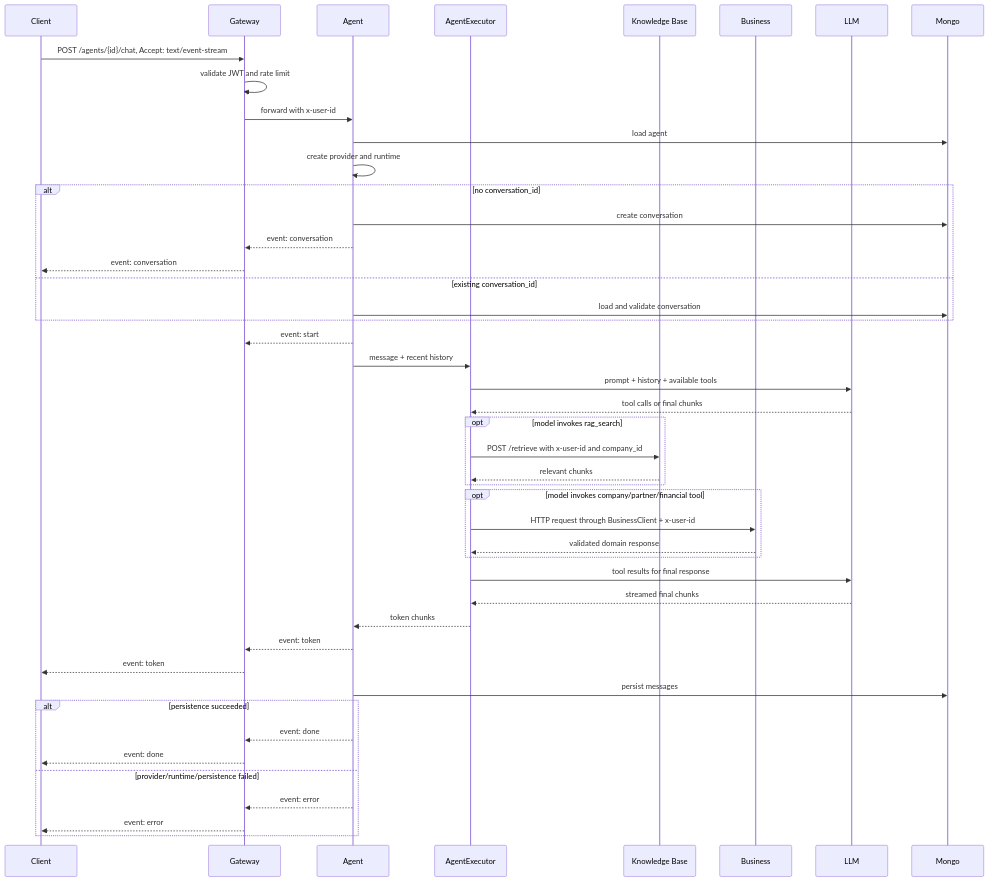
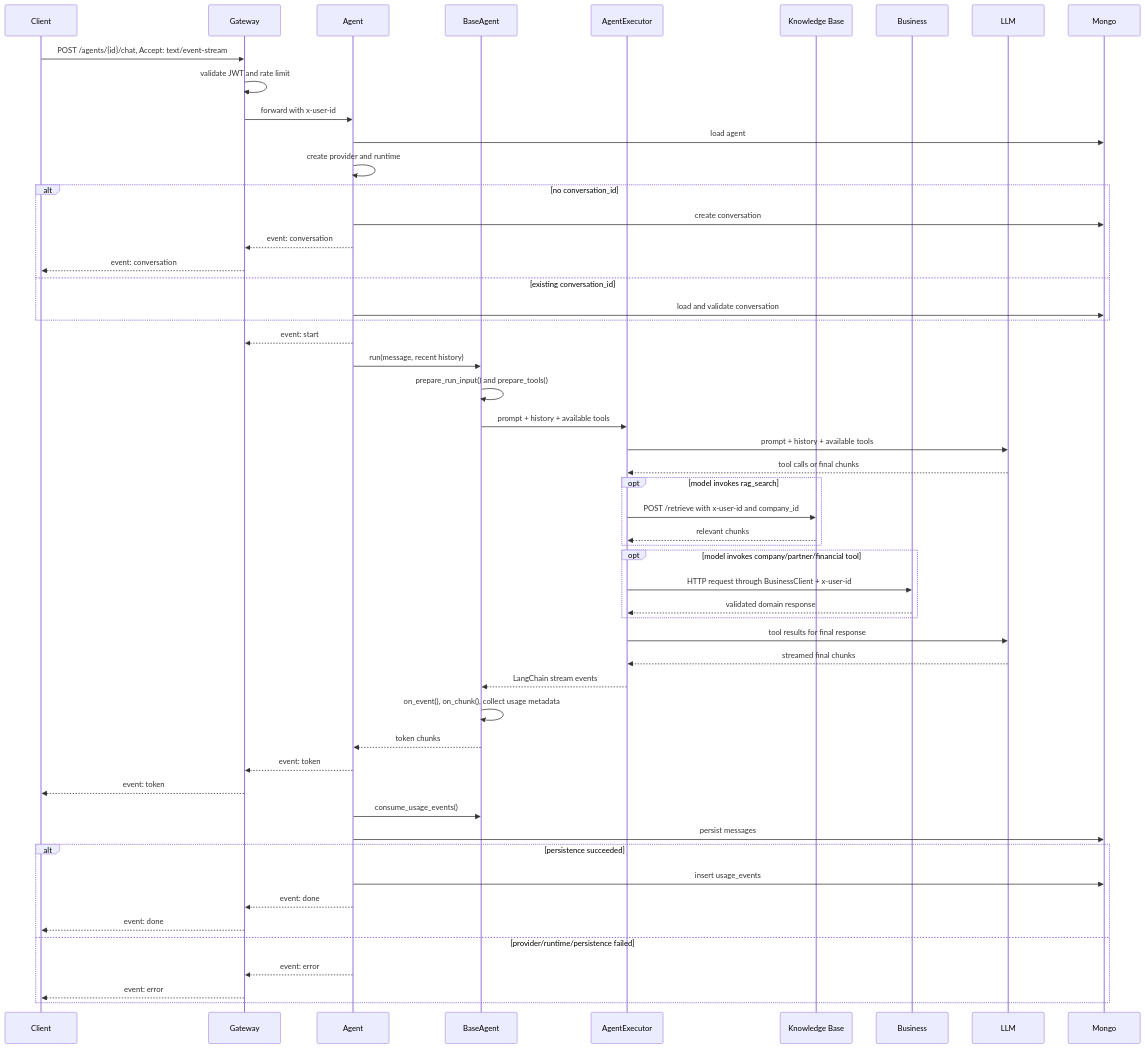
One commit to valiobar/agents changed the fourth of 8 diagrams in docs/services/agent/data-flow.md. Above: the diagram before and after it, drawn with Mermaid. The commit also changed other lines of this file and 31 other files, not shown here.

First line of the commit message:
Add Accountant and Base Agent documentation

````diff
--- a/docs/services/agent/data-flow.md
+++ b/docs/services/agent/data-flow.md
@@ -78,49 +78,56 @@
 ```mermaid
 sequenceDiagram
     participant Client
     participant Gateway
     participant Agent
-    participant Runtime as AgentExecutor
+    participant Runtime as BaseAgent
+    participant Executor as AgentExecutor
     participant KB as Knowledge Base
     participant Business
     participant LLM
     participant Mongo
 
     Client->>Gateway: POST /agents/{id}/chat, Accept: text/event-stream
     Gateway->>Gateway: validate JWT and rate limit
     Gateway->>Agent: forward with x-user-id
     Agent->>Mongo: load agent
     Agent->>Agent: create provider and runtime
     alt no conversation_id
         Agent->>Mongo: create conversation
         Agent-->>Gateway: event: conversation
         Gateway-->>Client: event: conversation
     else existing conversation_id
         Agent->>Mongo: load and validate conversation
     end
     Agent-->>Gateway: event: start
-    Agent->>Runtime: message + recent history
-    Runtime->>LLM: prompt + history + available tools
-    LLM-->>Runtime: tool calls or final chunks
+    Agent->>Runtime: run(message, recent history)
+    Runtime->>Runtime: prepare_run_input() and prepare_tools()
+    Runtime->>Executor: prompt + history + available tools
+    Executor->>LLM: prompt + history + available tools
+    LLM-->>Executor: tool calls or final chunks
     opt model invokes rag_search
-        Runtime->>KB: POST /retrieve with x-user-id and company_id
-        KB-->>Runtime: relevant chunks
+        Executor->>KB: POST /retrieve with x-user-id and company_id
+        KB-->>Executor: relevant chunks
     end
     opt model invokes company/partner/financial tool
-        Runtime->>Business: HTTP request through BusinessClient + x-user-id
-        Business-->>Runtime: validated domain response
+        Executor->>Business: HTTP request through BusinessClient + x-user-id
+        Business-->>Executor: validated domain response
     end
-    Runtime->>LLM: tool results for final response
-    LLM-->>Runtime: streamed final chunks
+    Executor->>LLM: tool results for final response
+    LLM-->>Executor: streamed final chunks
+    Executor-->>Runtime: LangChain stream events
+    Runtime->>Runtime: on_event(), on_chunk(), collect usage metadata
     Runtime-->>Agent: token chunks
     Agent-->>Gateway: event: token
     Gateway-->>Client: event: token
+    Agent->>Runtime: consume_usage_events()
     Agent->>Mongo: persist messages
     alt persistence succeeded
+        Agent->>Mongo: insert usage_events
         Agent-->>Gateway: event: done
         Gateway-->>Client: event: done
     else provider/runtime/persistence failed
         Agent-->>Gateway: event: error
         Gateway-->>Client: event: error
     end
 ```
````
